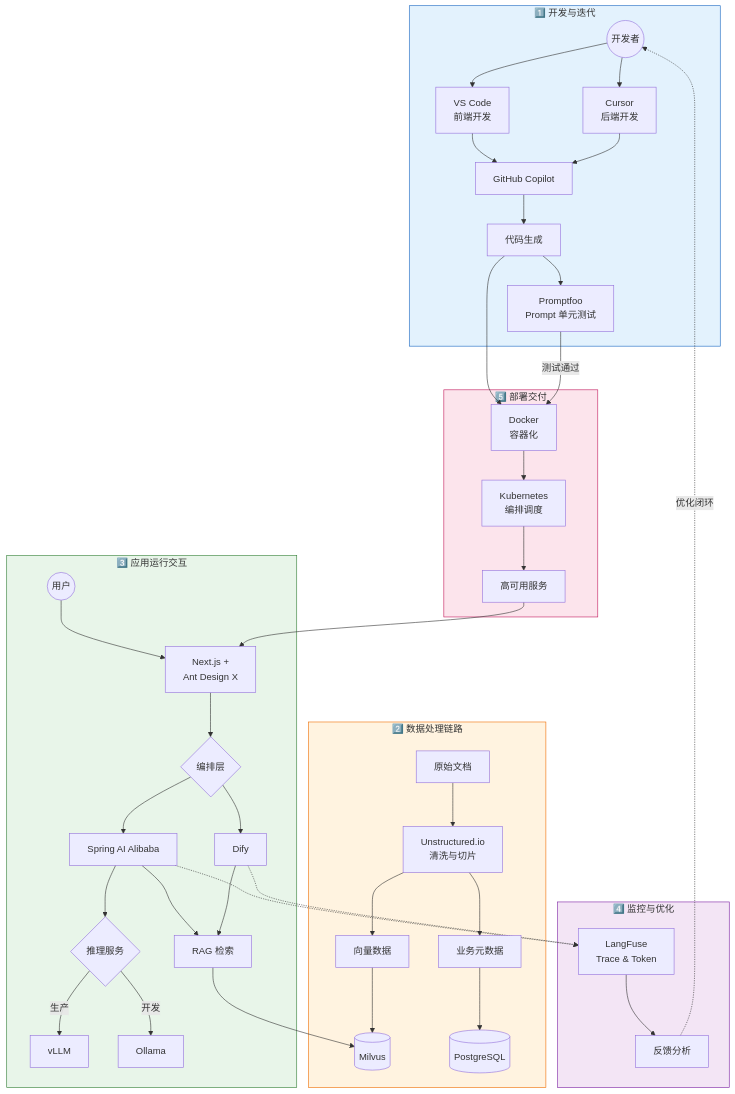
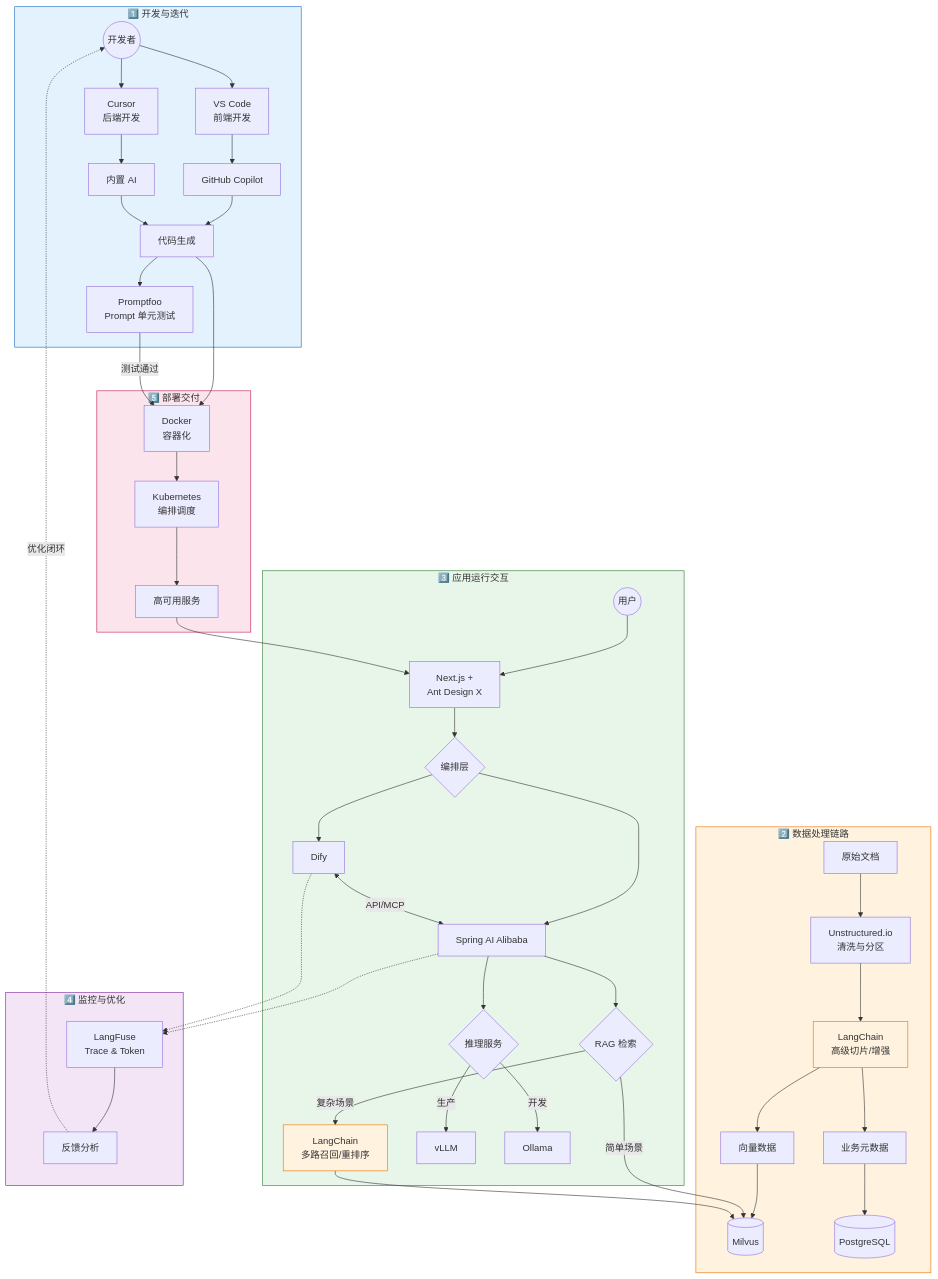
One commit to hanwei808/ai-product-production-guide changed the tenth of 10 diagrams in README.md. Above: the diagram before and after it, drawn with Mermaid. The commit also changed other lines of this file, not shown here.

Commit message:
更新 README.md，增强开发环境与数据处理层的描述，新增 LangChain 相关内容及协作架构表

````diff
--- a/README.md
+++ b/README.md
@@ -336,54 +356,60 @@
 ```mermaid
 flowchart TD
     subgraph Phase1["1️⃣ 开发与迭代"]
         Dev((开发者)) --> VSCode[VS Code<br/>前端开发]
         Dev --> Cursor[Cursor<br/>后端开发]
         VSCode --> Copilot[GitHub Copilot]
-        Cursor --> Copilot
+        Cursor --> CursorAI[内置 AI]
         Copilot --> Code[代码生成]
+        CursorAI --> Code
         Code --> Promptfoo[Promptfoo<br/>Prompt 单元测试]
     end
 
     subgraph Phase2["2️⃣ 数据处理链路"]
-        RawDocs[原始文档] --> Unstructured[Unstructured.io<br/>清洗与切片]
-        Unstructured --> VectorData[向量数据]
-        Unstructured --> MetaData[业务元数据]
+        RawDocs[原始文档] --> Unstructured[Unstructured.io<br/>清洗与分区]
+        Unstructured --> LangChain[LangChain<br/>高级切片/增强]
+        LangChain --> VectorData[向量数据]
+        LangChain --> MetaData[业务元数据]
         VectorData --> Milvus[(Milvus)]
         MetaData --> PostgreSQL[(PostgreSQL)]
     end
 
     subgraph Phase3["3️⃣ 应用运行交互"]
         User((用户)) --> Frontend[Next.js +<br/>Ant Design X]
         Frontend --> Backend{编排层}
+        Backend --> Dify[Dify]
         Backend --> Spring[Spring AI Alibaba]
-        Backend --> Dify[Dify]
-        Spring --> RAG[RAG 检索]
-        Dify --> RAG
-        RAG --> Milvus
+        Dify <-->|API/MCP| Spring
+        Spring --> RAG{RAG 检索}
+        RAG -->|简单场景| Milvus
+        RAG -->|复杂场景| LangChain_RAG[LangChain<br/>多路召回/重排序]
+        LangChain_RAG --> Milvus
         Spring --> Inference{推理服务}
         Inference -->|生产| vLLM[vLLM]
         Inference -->|开发| Ollama[Ollama]
     end
 
     subgraph Phase4["4️⃣ 监控与优化"]
         Spring -.-> LangFuse[LangFuse<br/>Trace & Token]
         Dify -.-> LangFuse
         LangFuse --> Analysis[反馈分析]
         Analysis -.->|优化闭环| Dev
     end
 
     subgraph Phase5["5️⃣ 部署交付"]
         Code --> Docker[Docker<br/>容器化]
         Docker --> K8s[Kubernetes<br/>编排调度]
         K8s --> HA[高可用服务]
     end
 
     Promptfoo -->|测试通过| Docker
     HA --> Frontend
 
     style Phase1 fill:#e3f2fd,stroke:#1565c0
     style Phase2 fill:#fff3e0,stroke:#ef6c00
     style Phase3 fill:#e8f5e9,stroke:#2e7d32
     style Phase4 fill:#f3e5f5,stroke:#7b1fa2
     style Phase5 fill:#fce4ec,stroke:#c2185b
+    style LangChain fill:#fff3e0,stroke:#ef6c00
+    style LangChain_RAG fill:#fff3e0,stroke:#ef6c00
 ```
````
